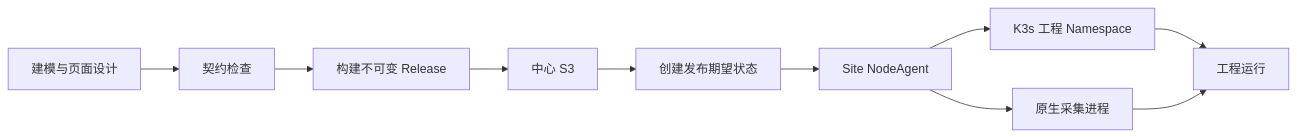
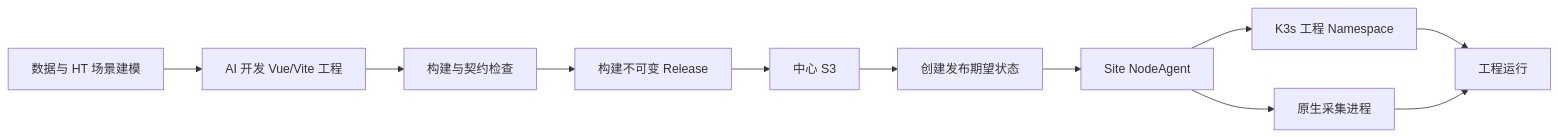
One commit to hsworld-top/InduForge changed the second of 2 diagrams in docs/01-产品与架构/平台系统架构.md. Above: the diagram before and after it, drawn with Mermaid. The commit also changed other lines of this file and 110 other files, not shown here.

````diff
--- a/docs/01-产品与架构/平台系统架构.md
+++ b/docs/01-产品与架构/平台系统架构.md
@@ -131,12 +131,13 @@
 ```mermaid
 graph LR
-    Model["建模与页面设计"] --> Validate["契约检查"]
+    Model["数据与 HT 场景建模"] --> Develop["AI 开发 Vue/Vite 工程"]
+    Develop --> Validate["构建与契约检查"]
     Validate --> Build["构建不可变 Release"]
     Build --> S3["中心 S3"]
     S3 --> Publish["创建发布期望状态"]
     Publish --> Agent["Site NodeAgent"]
     Agent --> K3s["K3s 工程 Namespace"]
     Agent --> Native["原生采集进程"]
     K3s --> Running["工程运行"]
     Native --> Running
 ```
````
